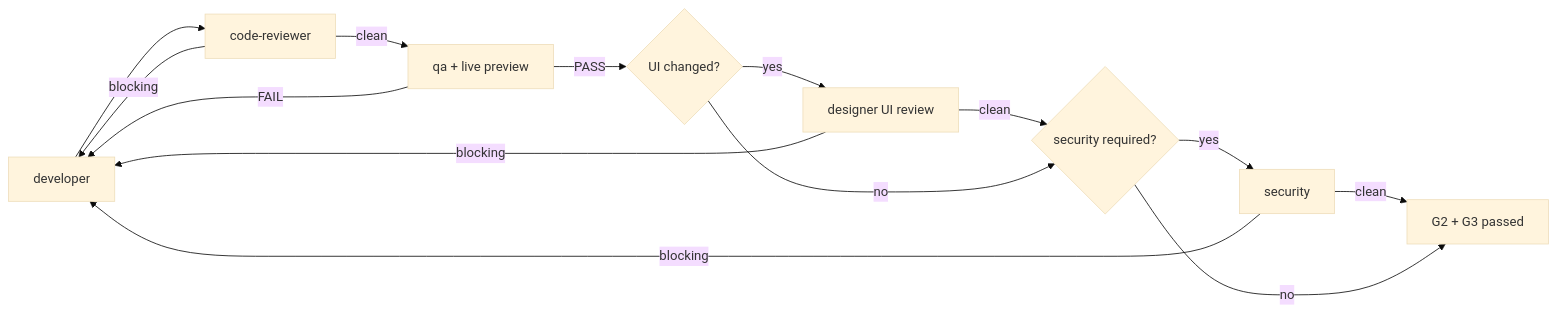
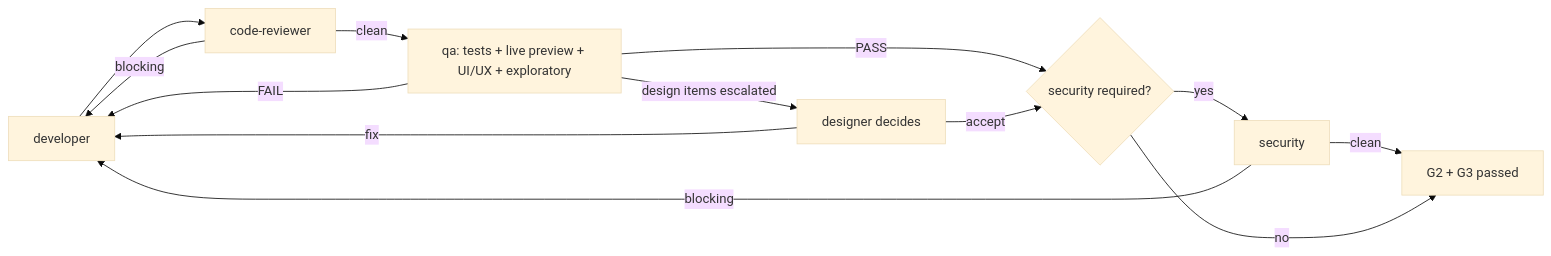
One commit to Tuan-Quyen/technical-teams changed the second of 2 diagrams in skills/run-kit/SKILL.md. Above: the diagram before and after it, drawn with Mermaid (base theme). The commit also changed other lines of this file and 20 other files, not shown here.

````diff
--- a/skills/run-kit/SKILL.md
+++ b/skills/run-kit/SKILL.md
@@ -66,16 +66,15 @@
 ```mermaid
 flowchart LR
   D[developer] --> CR[code-reviewer]
   CR -- blocking --> D
-  CR -- clean --> Q[qa + live preview]
+  CR -- clean --> Q[qa: tests + live preview + UI/UX + exploratory]
   Q -- FAIL --> D
-  Q -- PASS --> U{UI changed?}
-  U -- yes --> DR[designer UI review]
-  DR -- blocking --> D
-  DR -- clean --> S
-  U -- no --> S{security required?}
+  Q -- PASS --> S{security required?}
+  Q -- design items escalated --> DR[designer decides]
+  DR -- fix --> D
+  DR -- accept --> S
   S -- yes --> SEC[security]
   SEC -- blocking --> D
   SEC -- clean --> X[G2 + G3 passed]
   S -- no --> X
 ```
````
